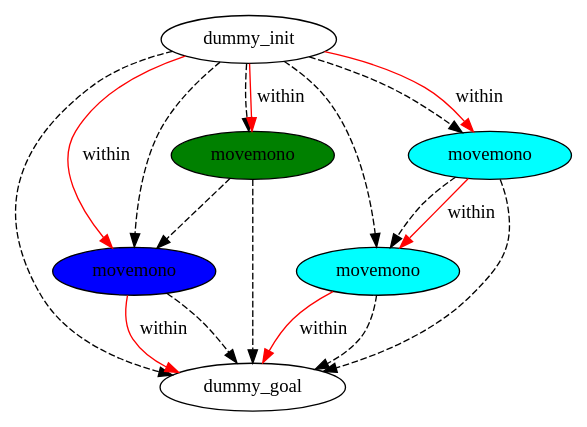
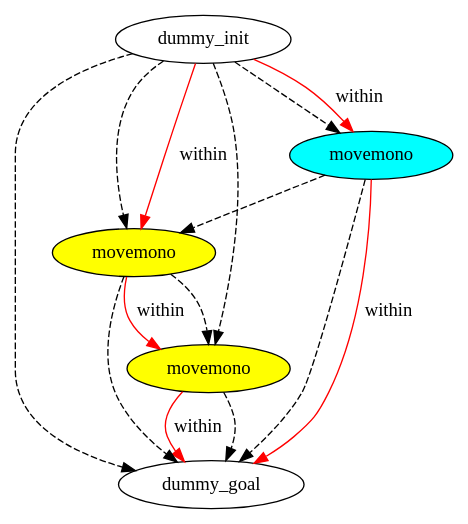
The diagram in plans/manipulation-domain/test_51_problem-plan_0.dot (PetervDooren/PyDPOCL), drawn with Graphviz before and after one commit. The commit also changed 799 other files, not shown here.

```diff
--- a/plans/manipulation-domain/test_51_problem-plan_0.dot
+++ b/plans/manipulation-domain/test_51_problem-plan_0.dot
@@ -1,25 +1,21 @@
 digraph {
-	"454c976e-c5bc-10a9-6cf4-090928349f05" [label=dummy_init fillcolor=white style=filled]
-	"bb4400f1-8baa-fca5-a47d-5fb6893bfecf" [label=dummy_goal fillcolor=white style=filled]
-	"e61219b5-73ac-a6e1-dc21-0944e84511a2" [label=movemono fillcolor=cyan style=filled]
-	"37b71c72-b9e2-f6e0-2ea6-4fad153f7fee" [label=movemono fillcolor=blue style=filled]
-	"030b23db-bfbe-9ca3-f610-350b76f53b65" [label=movemono fillcolor=cyan style=filled]
-	"ca33dd84-58c2-77f1-5b68-d4ee2f9997c3" [label=movemono fillcolor=green style=filled]
-	"454c976e-c5bc-10a9-6cf4-090928349f05" -> "bb4400f1-8baa-fca5-a47d-5fb6893bfecf" [color=black style=dashed]
-	"ca33dd84-58c2-77f1-5b68-d4ee2f9997c3" -> "bb4400f1-8baa-fca5-a47d-5fb6893bfecf" [color=black style=dashed]
-	"454c976e-c5bc-10a9-6cf4-090928349f05" -> "e61219b5-73ac-a6e1-dc21-0944e84511a2" [color=black style=dashed]
-	"030b23db-bfbe-9ca3-f610-350b76f53b65" -> "e61219b5-73ac-a6e1-dc21-0944e84511a2" [color=black style=dashed]
-	"030b23db-bfbe-9ca3-f610-350b76f53b65" -> "bb4400f1-8baa-fca5-a47d-5fb6893bfecf" [color=black style=dashed]
-	"454c976e-c5bc-10a9-6cf4-090928349f05" -> "ca33dd84-58c2-77f1-5b68-d4ee2f9997c3" [color=black style=dashed]
-	"e61219b5-73ac-a6e1-dc21-0944e84511a2" -> "bb4400f1-8baa-fca5-a47d-5fb6893bfecf" [color=black style=dashed]
-	"454c976e-c5bc-10a9-6cf4-090928349f05" -> "030b23db-bfbe-9ca3-f610-350b76f53b65" [color=black style=dashed]
-	"ca33dd84-58c2-77f1-5b68-d4ee2f9997c3" -> "37b71c72-b9e2-f6e0-2ea6-4fad153f7fee" [color=black style=dashed]
-	"454c976e-c5bc-10a9-6cf4-090928349f05" -> "37b71c72-b9e2-f6e0-2ea6-4fad153f7fee" [color=black style=dashed]
-	"37b71c72-b9e2-f6e0-2ea6-4fad153f7fee" -> "bb4400f1-8baa-fca5-a47d-5fb6893bfecf" [color=black style=dashed]
-	"e61219b5-73ac-a6e1-dc21-0944e84511a2" -> "bb4400f1-8baa-fca5-a47d-5fb6893bfecf" [label=within color=red]
-	"454c976e-c5bc-10a9-6cf4-090928349f05" -> "37b71c72-b9e2-f6e0-2ea6-4fad153f7fee" [label=within color=red]
-	"454c976e-c5bc-10a9-6cf4-090928349f05" -> "ca33dd84-58c2-77f1-5b68-d4ee2f9997c3" [label=within color=red]
-	"030b23db-bfbe-9ca3-f610-350b76f53b65" -> "e61219b5-73ac-a6e1-dc21-0944e84511a2" [label=within color=red]
-	"37b71c72-b9e2-f6e0-2ea6-4fad153f7fee" -> "bb4400f1-8baa-fca5-a47d-5fb6893bfecf" [label=within color=red]
-	"454c976e-c5bc-10a9-6cf4-090928349f05" -> "030b23db-bfbe-9ca3-f610-350b76f53b65" [label=within color=red]
+	"5abb748d-6407-bda9-6b68-ec5cc24ea4b2" [label=dummy_init fillcolor=white style=filled]
+	"eb44b5cd-dc51-a83a-d9c2-49267db01f1a" [label=dummy_goal fillcolor=white style=filled]
+	"18fbd8b3-ed3d-5de3-b661-d71e0d3ed666" [label=movemono fillcolor=yellow style=filled]
+	"39d99ddf-976a-c3c2-3634-ce8453129793" [label=movemono fillcolor=cyan style=filled]
+	"c0b893a2-7273-702a-4fa2-81ad98143f2a" [label=movemono fillcolor=yellow style=filled]
+	"c0b893a2-7273-702a-4fa2-81ad98143f2a" -> "18fbd8b3-ed3d-5de3-b661-d71e0d3ed666" [color=black style=dashed]
+	"c0b893a2-7273-702a-4fa2-81ad98143f2a" -> "eb44b5cd-dc51-a83a-d9c2-49267db01f1a" [color=black style=dashed]
+	"5abb748d-6407-bda9-6b68-ec5cc24ea4b2" -> "39d99ddf-976a-c3c2-3634-ce8453129793" [color=black style=dashed]
+	"18fbd8b3-ed3d-5de3-b661-d71e0d3ed666" -> "eb44b5cd-dc51-a83a-d9c2-49267db01f1a" [color=black style=dashed]
+	"5abb748d-6407-bda9-6b68-ec5cc24ea4b2" -> "eb44b5cd-dc51-a83a-d9c2-49267db01f1a" [color=black style=dashed]
+	"5abb748d-6407-bda9-6b68-ec5cc24ea4b2" -> "18fbd8b3-ed3d-5de3-b661-d71e0d3ed666" [color=black style=dashed]
+	"5abb748d-6407-bda9-6b68-ec5cc24ea4b2" -> "c0b893a2-7273-702a-4fa2-81ad98143f2a" [color=black style=dashed]
+	"39d99ddf-976a-c3c2-3634-ce8453129793" -> "c0b893a2-7273-702a-4fa2-81ad98143f2a" [color=black style=dashed]
+	"39d99ddf-976a-c3c2-3634-ce8453129793" -> "eb44b5cd-dc51-a83a-d9c2-49267db01f1a" [color=black style=dashed]
+	"c0b893a2-7273-702a-4fa2-81ad98143f2a" -> "18fbd8b3-ed3d-5de3-b661-d71e0d3ed666" [label=within color=red]
+	"5abb748d-6407-bda9-6b68-ec5cc24ea4b2" -> "39d99ddf-976a-c3c2-3634-ce8453129793" [label=within color=red]
+	"5abb748d-6407-bda9-6b68-ec5cc24ea4b2" -> "c0b893a2-7273-702a-4fa2-81ad98143f2a" [label=within color=red]
+	"18fbd8b3-ed3d-5de3-b661-d71e0d3ed666" -> "eb44b5cd-dc51-a83a-d9c2-49267db01f1a" [label=within color=red]
+	"39d99ddf-976a-c3c2-3634-ce8453129793" -> "eb44b5cd-dc51-a83a-d9c2-49267db01f1a" [label=within color=red]
 }
```
